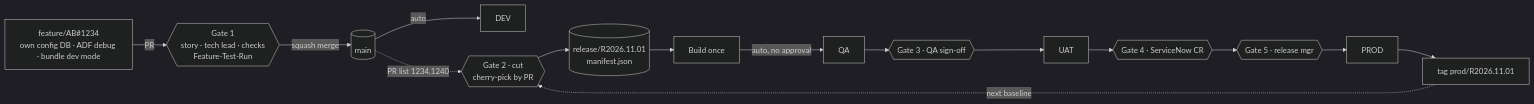
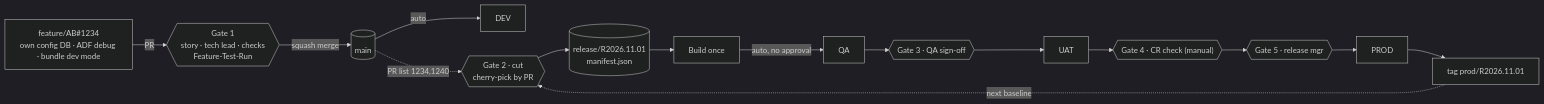
The diagram in HANDOFF.md (vamshi455/enterprisedevops), drawn with Mermaid (dark theme) before and after one commit. The commit also changed other lines of this file and 4 other files, not shown here.

First line of the commit message:
HANDOFF v1.4: manual CR (no ServiceNow integration), UAT defaults, failure/rework/revert rules, cut guards

````diff
--- a/HANDOFF.md
+++ b/HANDOFF.md
@@ -172,10 +172,10 @@
 ```mermaid
 flowchart LR
   FB["feature/AB#1234<br/>own config DB · ADF debug · bundle dev mode"] -->|PR| G1{{"Gate 1<br/>story · tech lead · checks<br/>Feature-Test-Run"}}
   G1 -->|squash merge| MAIN[("main")] -->|auto| DEV["DEV"]
   MAIN -.->|"PR list 1234,1240"| G2{{"Gate 2 · cut<br/>cherry-pick by PR"}}
   G2 --> REL[("release/R2026.11.01<br/>manifest.json")] --> B["Build once"]
   B -->|"auto, no approval"| QA["QA"] --> G3{{"Gate 3 · QA sign-off"}} --> UAT["UAT"]
-  UAT --> G4{{"Gate 4 · ServiceNow CR"}} --> G5{{"Gate 5 · release mgr"}} --> PROD["PROD"]
+  UAT --> G4{{"Gate 4 · CR check (manual)"}} --> G5{{"Gate 5 · release mgr"}} --> PROD["PROD"]
   PROD --> TAG["tag prod/R2026.11.01"] -.->|next baseline| G2
 ```
````
